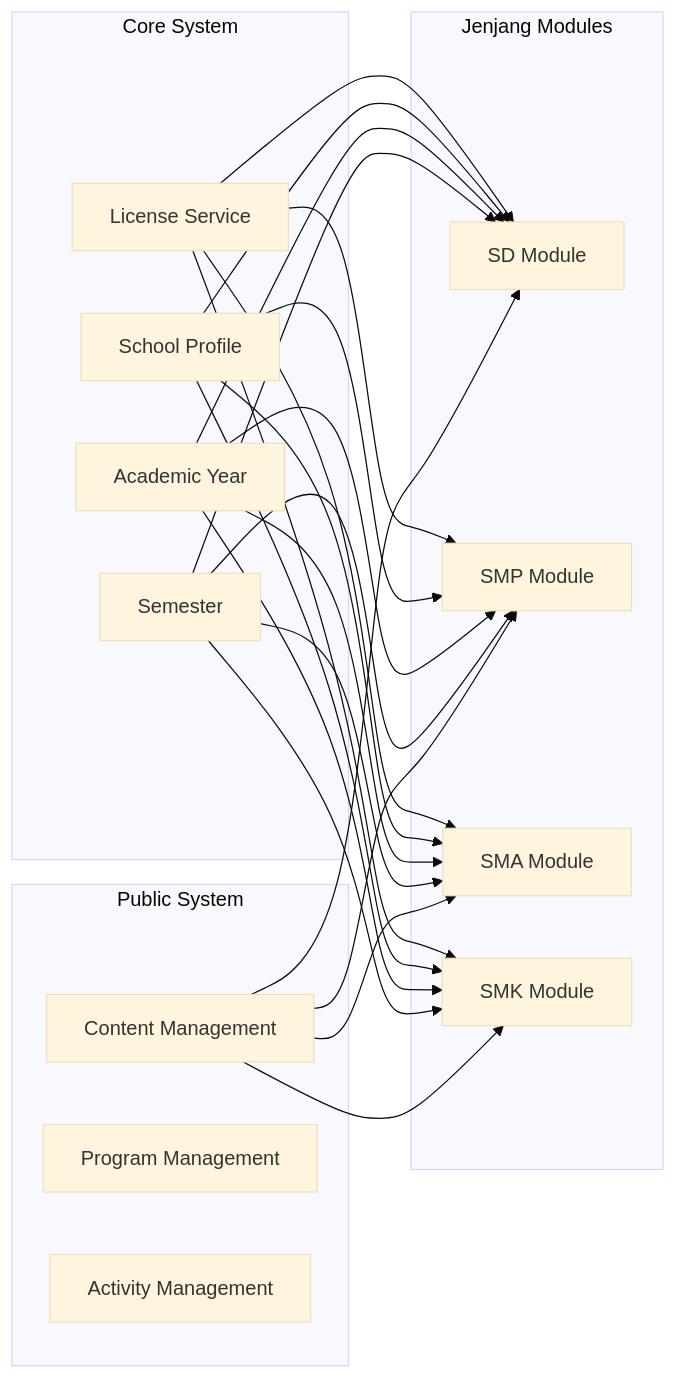
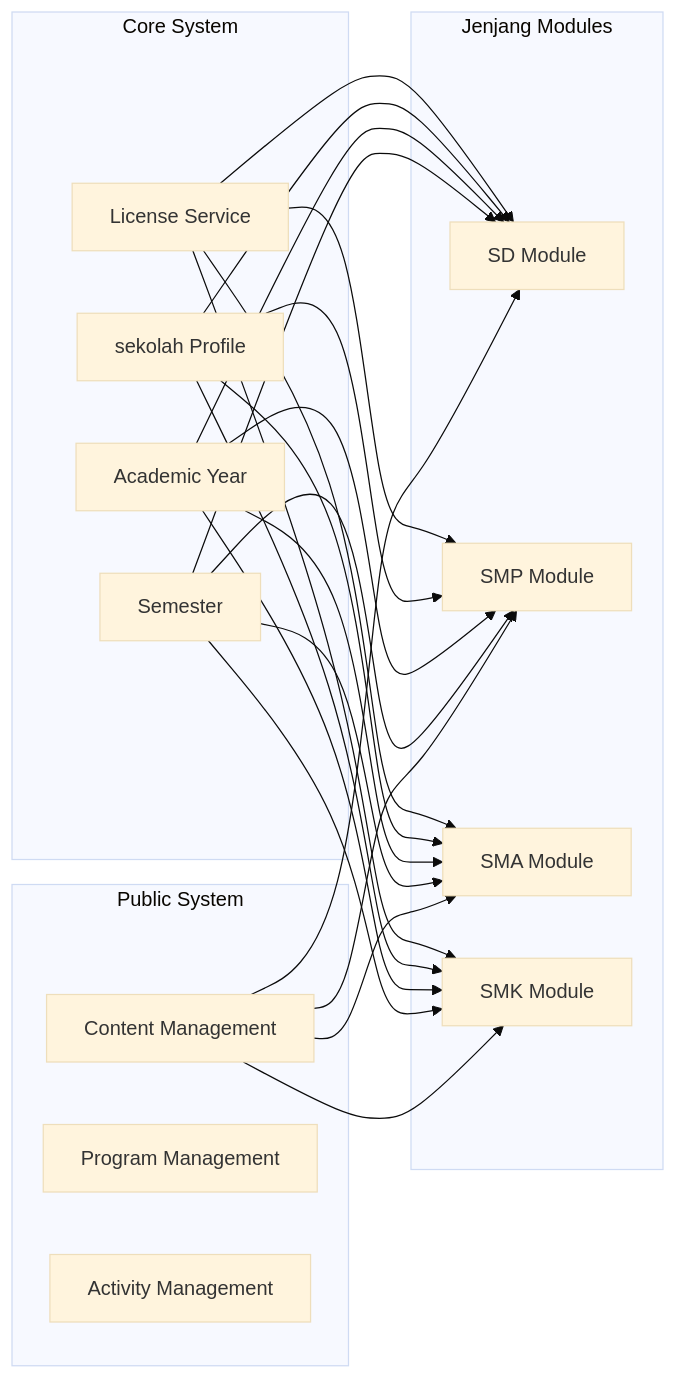
Before and after one commit to jejak-awan/siska: the second of 10 diagrams in .github/PROJECT_ARCHITECTURE.md, drawn with Mermaid (base theme). The commit also changed other lines of this file and 9 other files, not shown here.

````diff
--- a/.github/PROJECT_ARCHITECTURE.md
+++ b/.github/PROJECT_ARCHITECTURE.md
@@ -154,43 +154,43 @@
 ```mermaid
 graph LR
     subgraph "Core System"
         A[License Service]
-        B[School Profile]
+        B[sekolah Profile]
         C[Academic Year]
         D[Semester]
     end
     
     subgraph "Jenjang Modules"
         E[SD Module]
         F[SMP Module]
         G[SMA Module]
         H[SMK Module]
     end
     
     subgraph "Public System"
         I[Content Management]
         J[Program Management]
         K[Activity Management]
     end
     
     A --> E
     A --> F
     A --> G
     A --> H
     B --> E
     B --> F
     B --> G
     B --> H
     C --> E
     C --> F
     C --> G
     C --> H
     D --> E
     D --> F
     D --> G
     D --> H
     I --> E
     I --> F
     I --> G
     I --> H
 ```
````
